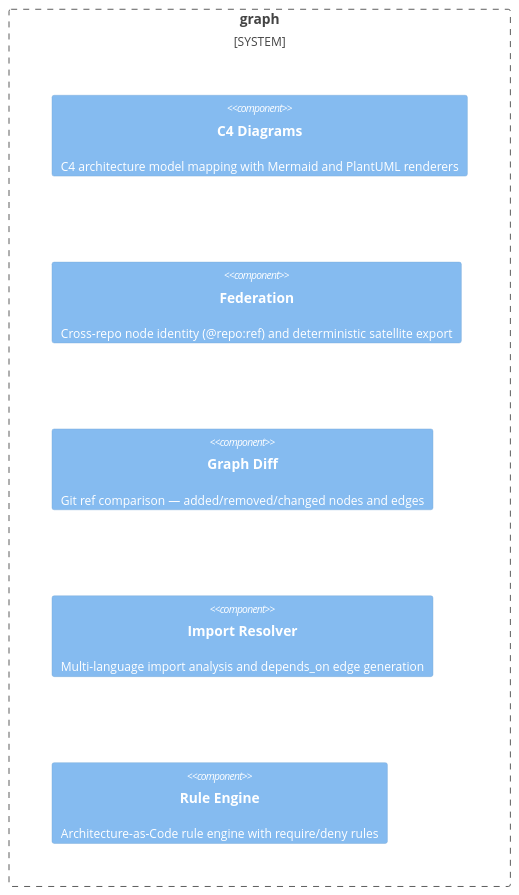
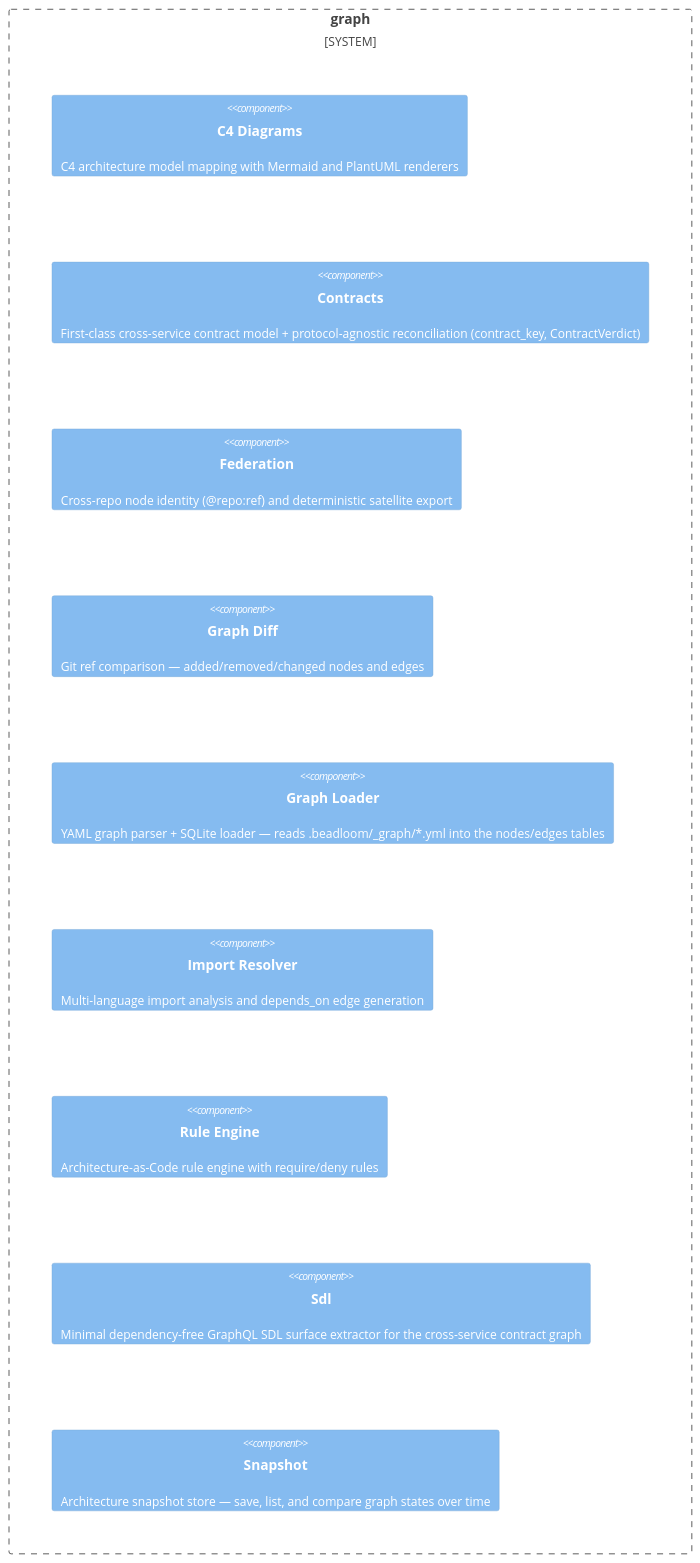
Before and after one commit to zoologov/beadloom: the diagram in site/domains/graph.md, drawn with Mermaid. The commit also changed other lines of this file and 128 other files, not shown here.

First line of the commit message:
[BDL-051] docs — fill SPEC/DOCs + architecture-model + CHANGELOG/ROADMAP (epic close) (#12)

````diff
--- a/site/domains/graph.md
+++ b/site/domains/graph.md
@@ -115,10 +119,14 @@
 ```mermaid
 C4Container
     System_Boundary(graph_boundary, "graph") {
         Component(c4_diagrams, "C4 Diagrams", "", "C4 architecture model mapping with Mermaid and PlantUML renderers")
+        Component(contracts, "Contracts", "", "First-class cross-service contract model + protocol-agnostic reconciliation (contract_key, ContractVerdict)")
         Component(federation, "Federation", "", "Cross-repo node identity (@repo:ref) and deterministic satellite export")
         Component(graph_diff, "Graph Diff", "", "Git ref comparison — added/removed/changed nodes and edges")
+        Component(graph_loader, "Graph Loader", "", "YAML graph parser + SQLite loader — reads .beadloom/_graph/*.yml into the nodes/edges tables")
         Component(import_resolver, "Import Resolver", "", "Multi-language import analysis and depends_on edge generation")
         Component(rule_engine, "Rule Engine", "", "Architecture-as-Code rule engine with require/deny rules")
+        Component(sdl, "Sdl", "", "Minimal dependency-free GraphQL SDL surface extractor for the cross-service contract graph")
+        Component(snapshot, "Snapshot", "", "Architecture snapshot store — save, list, and compare graph states over time")
     }
 ```
````
